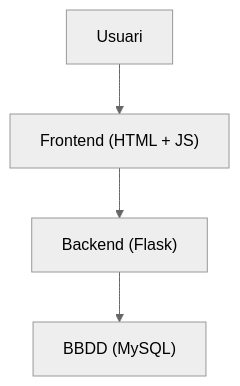
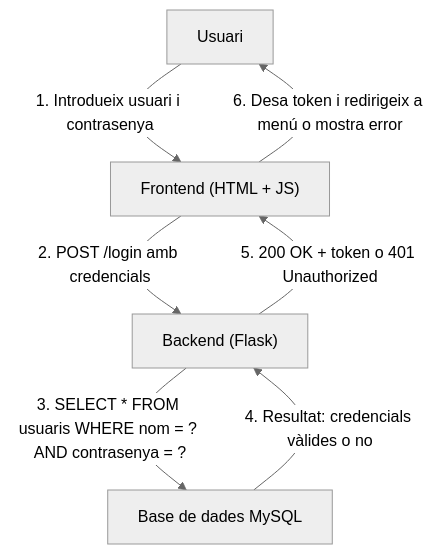
The diagram in diagramaArquitectura.mmd (lauragrr1/Projecte-Entorns), drawn with Mermaid (neutral theme) before and after one commit.

```diff
--- a/diagramaArquitectura.mmd
+++ b/diagramaArquitectura.mmd
@@ -1,9 +1,12 @@
 graph TD
     Usuari["Usuari"]
     Frontend["Frontend (HTML + JS)"]
     Backend["Backend (Flask)"]
-    BBDD["BBDD (MySQL)"]
+    BBDD["Base de dades MySQL"]
 
-    Usuari --> Frontend
-    Frontend --> Backend
-    Backend --> BBDD
+    Usuari -->|1. Introdueix usuari i contrasenya| Frontend
+    Frontend -->|2. POST /login amb credencials| Backend
+    Backend -->|3. SELECT * FROM usuaris WHERE nom = ? AND contrasenya = ?| BBDD
+    BBDD -->|4. Resultat: credencials vàlides o no| Backend
+    Backend -->|5. 200 OK + token o 401 Unauthorized| Frontend
+    Frontend -->|6. Desa token i redirigeix a menú o mostra error| Usuari
```
